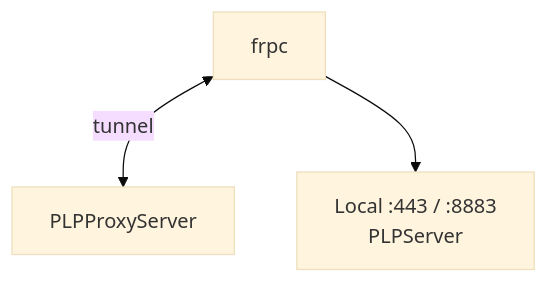
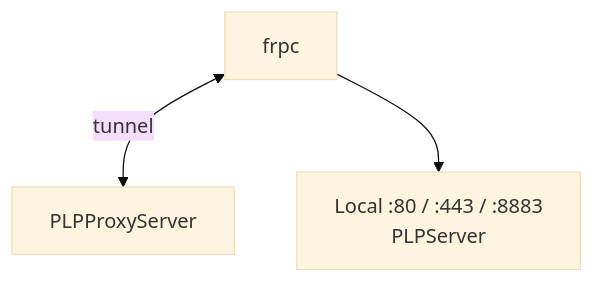
Before and after one commit to phraselock/PhraseLock-Bridge: the seventh of 7 diagrams in README.md, drawn with Mermaid (base theme). The commit also changed other lines of this file, not shown here.

````diff
--- a/README.md
+++ b/README.md
@@ -339,5 +384,5 @@
 ```mermaid
 flowchart TD
     Frpc[frpc] <-->|tunnel| Server[PLPProxyServer]
-    Frpc --> Local[Local :443 / :8883<br/>PLPServer]
+    Frpc --> Local[Local :80 / :443 / :8883<br/>PLPServer]
 ```
````
